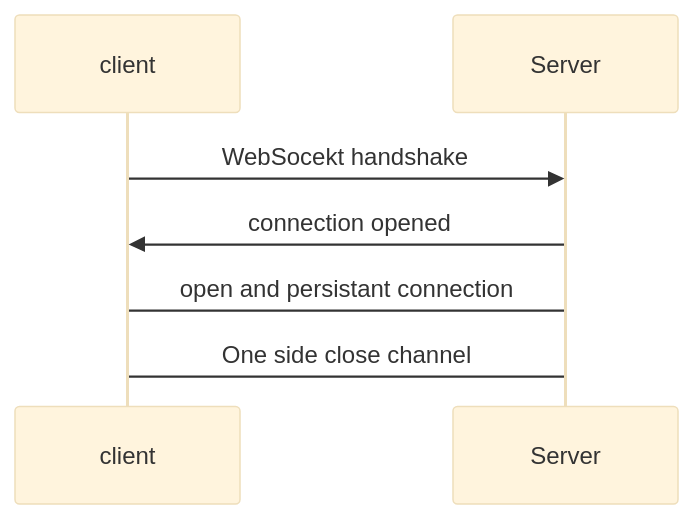
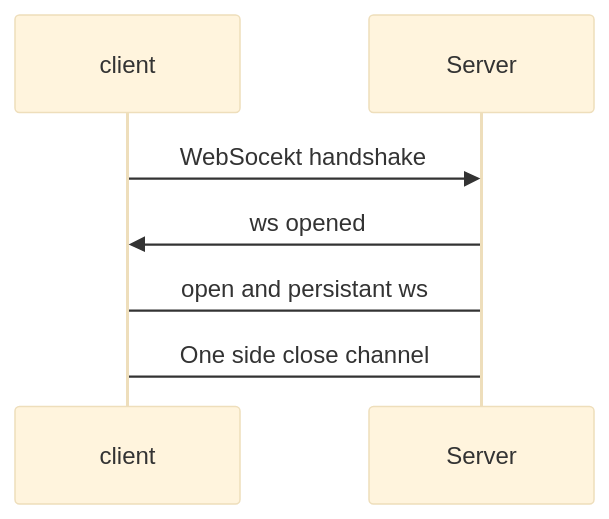
The first of 4 diagrams in WebSocket Scale Out.md (DoBuDevel/mdImage), drawn with Mermaid (base theme) before and after one commit. The commit also changed other lines of this file, not shown here.

````diff
--- a/WebSocket Scale Out.md
+++ b/WebSocket Scale Out.md
@@ -16,11 +13,7 @@
 ```mermaid
 sequenceDiagram
 client->>Server: WebSocekt handshake
-Server->>client: connection opened
-Server->client: open and persistant connection
+Server->>client: ws opened
+Server->client: open and persistant ws
 Server->client : One side close channel
-
-
-
-
 ```
````
